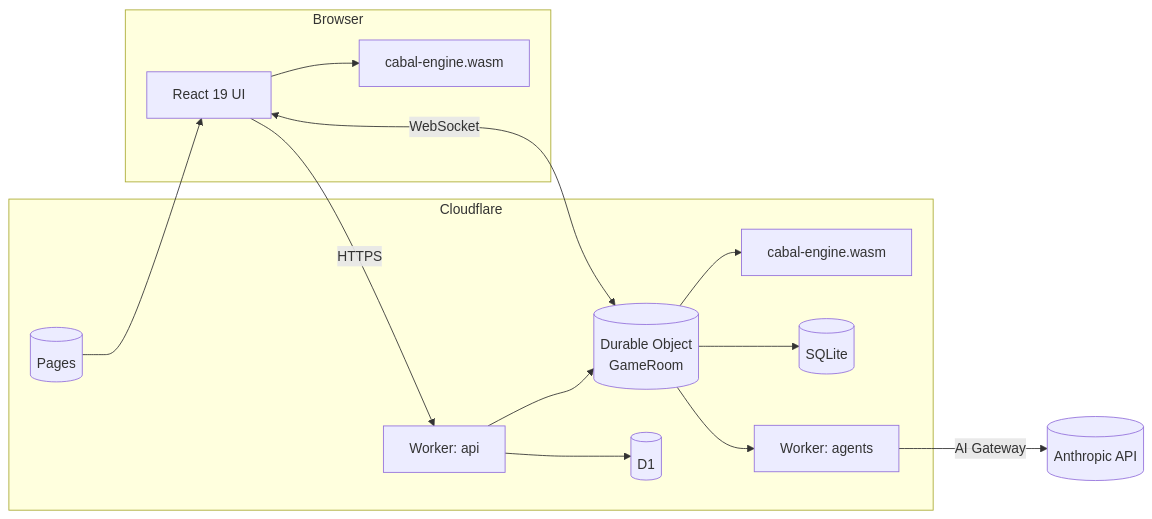
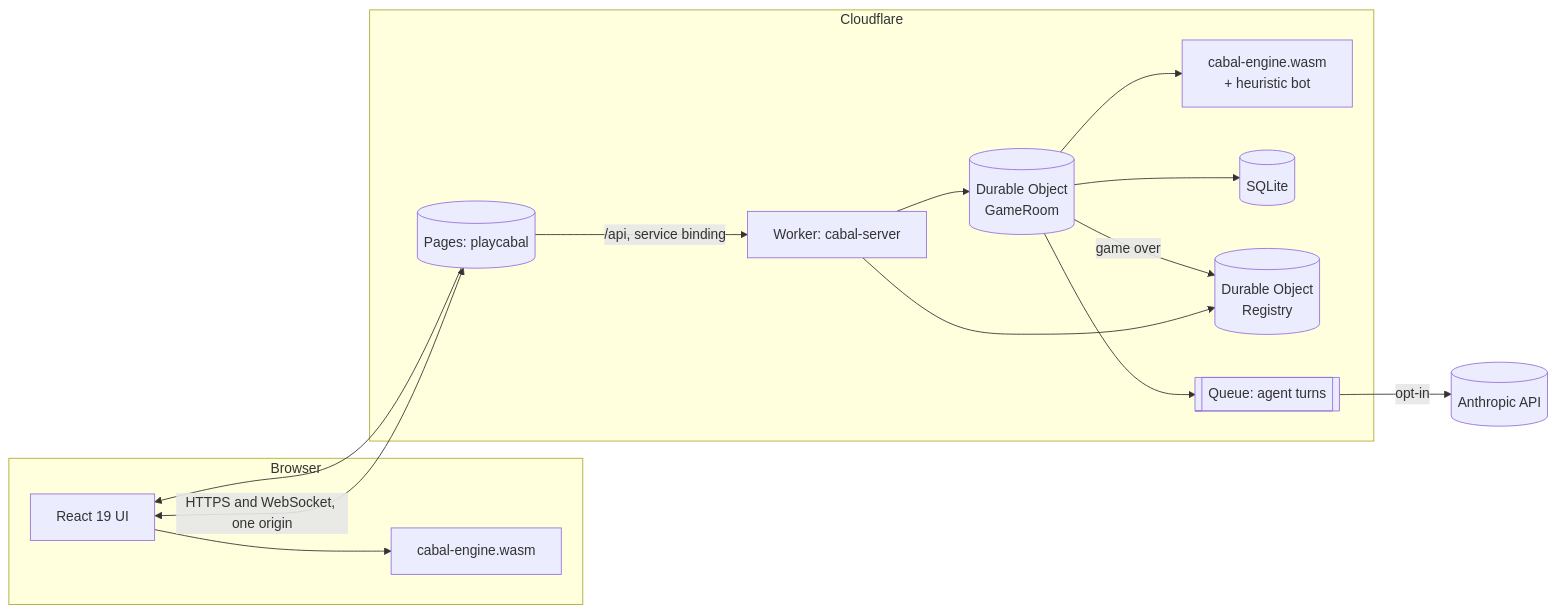
One commit to KarthikSubramanian07/Cabal changed the first of 2 diagrams in README.md. Above: the diagram before and after it, drawn with Mermaid. The commit also changed other lines of this file, not shown here.

First line of the commit message:
docs(readme): correct the architecture, CLI and attribution claims

````diff
--- a/README.md
+++ b/README.md
@@ -58,26 +58,27 @@
 ```mermaid
 flowchart LR
   subgraph Browser
     UI[React 19 UI]
     W1[cabal-engine.wasm]
     UI --> W1
   end
   subgraph Cloudflare
-    Pages[(Pages)]
-    API[Worker: api]
+    Pages[(Pages: playcabal)]
+    API[Worker: cabal-server]
     DO[(Durable Object\nGameRoom)]
-    W2[cabal-engine.wasm]
+    W2[cabal-engine.wasm\n+ heuristic bot]
     SQL[(SQLite)]
-    D1[(D1)]
-    Agents[Worker: agents]
+    REG[(Durable Object\nRegistry)]
+    Q[[Queue: agent turns]]
     DO --> W2
     DO --> SQL
+    Pages -->|/api, service binding| API
     API --> DO
-    API --> D1
-    DO --> Agents
+    API --> REG
+    DO -->|game over| REG
+    DO --> Q
   end
   Pages --> UI
-  UI <-->|WebSocket| DO
-  UI -->|HTTPS| API
-  Agents -->|AI Gateway| Claude[(Anthropic API)]
+  UI <-->|HTTPS and WebSocket, one origin| Pages
+  Q -->|opt-in| Claude[(Anthropic API)]
 ```
````
